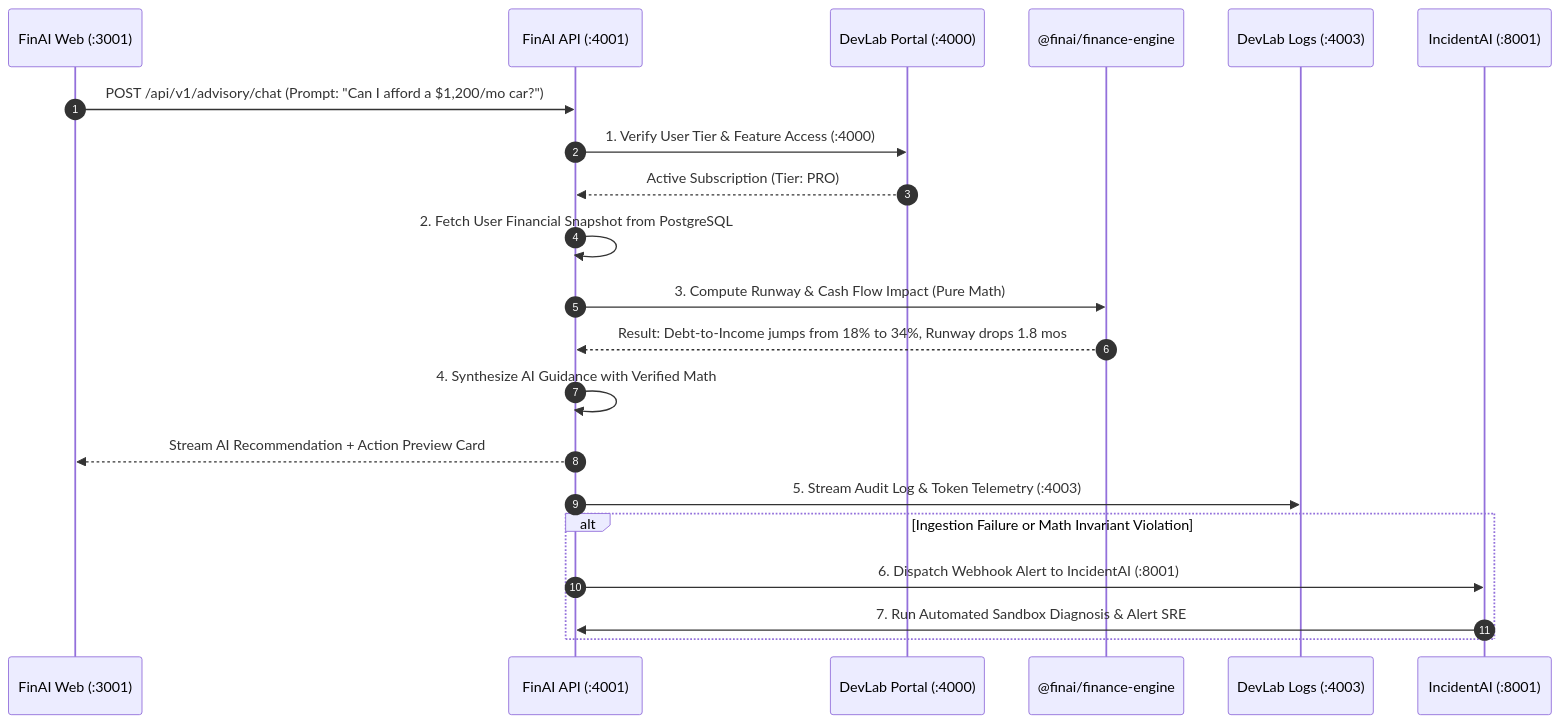
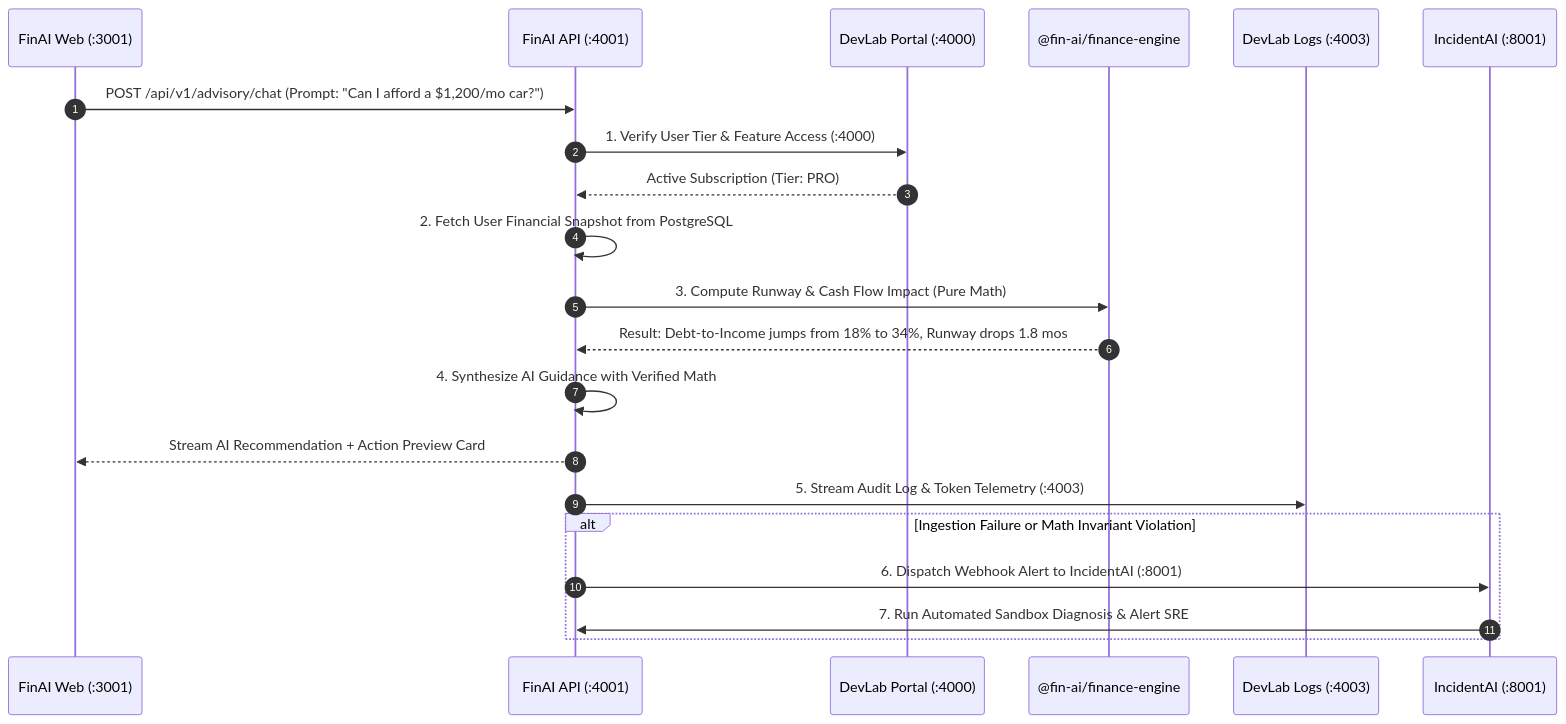
One commit to yuvadevlab/fin-ai changed the diagram in PROJECT_INFO.md. Above: the diagram before and after it, drawn with Mermaid. The commit also changed other lines of this file and 370 other files, not shown here.

First line of the commit message:
chore(workspace): migrate package scopes from @finai to @fin-ai

````diff
--- a/PROJECT_INFO.md
+++ b/PROJECT_INFO.md
@@ -103,25 +103,25 @@
 ```mermaid
 sequenceDiagram
     autonumber
     participant Client as FinAI Web (:3001)
     participant API as FinAI API (:4001)
     participant DP as DevLab Portal (:4000)
-    participant Engine as @finai/finance-engine
+    participant Engine as @fin-ai/finance-engine
     participant DL as DevLab Logs (:4003)
     participant IA as IncidentAI (:8001)
 
     Client->>API: POST /api/v1/advisory/chat (Prompt: "Can I afford a $1,200/mo car?")
     API->>DP: 1. Verify User Tier & Feature Access (:4000)
     DP-->>API: Active Subscription (Tier: PRO)
     API->>API: 2. Fetch User Financial Snapshot from PostgreSQL
     API->>Engine: 3. Compute Runway & Cash Flow Impact (Pure Math)
     Engine-->>API: Result: Debt-to-Income jumps from 18% to 34%, Runway drops 1.8 mos
     API->>API: 4. Synthesize AI Guidance with Verified Math
     API-->>Client: Stream AI Recommendation + Action Preview Card
     API->>DL: 5. Stream Audit Log & Token Telemetry (:4003)
 
     alt Ingestion Failure or Math Invariant Violation
         API->>IA: 6. Dispatch Webhook Alert to IncidentAI (:8001)
         IA->>API: 7. Run Automated Sandbox Diagnosis & Alert SRE
     end
 ```
````
